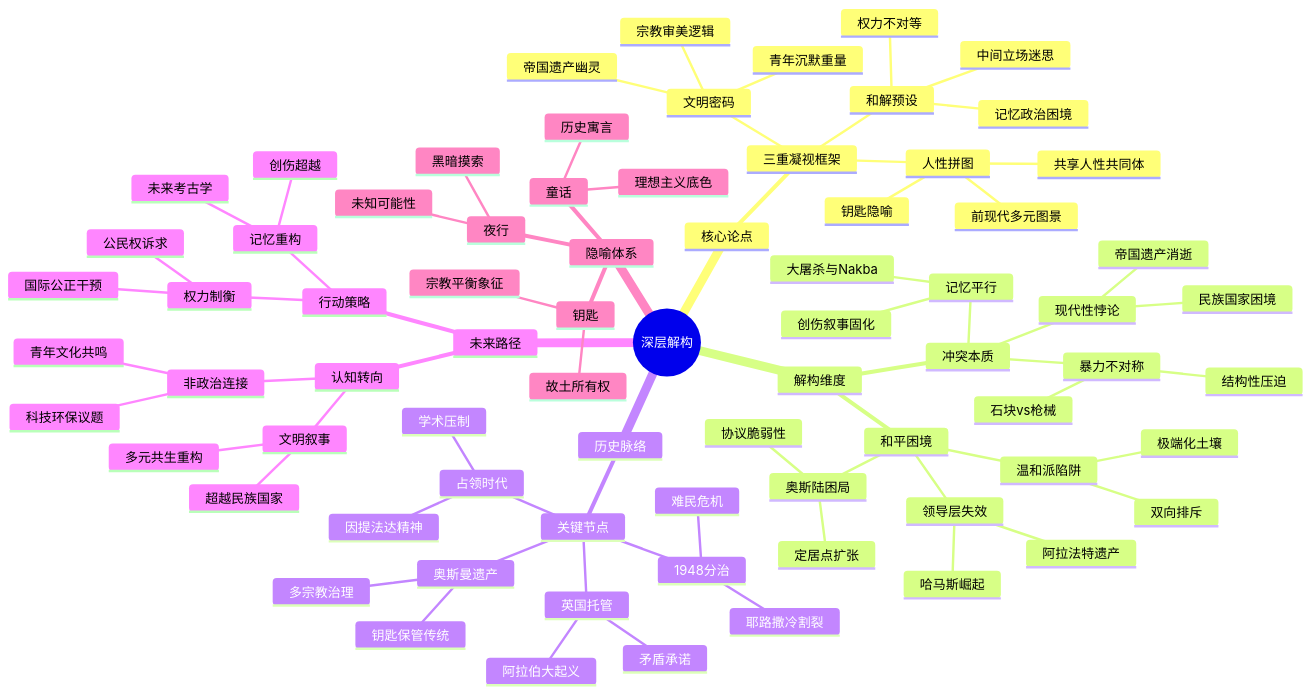
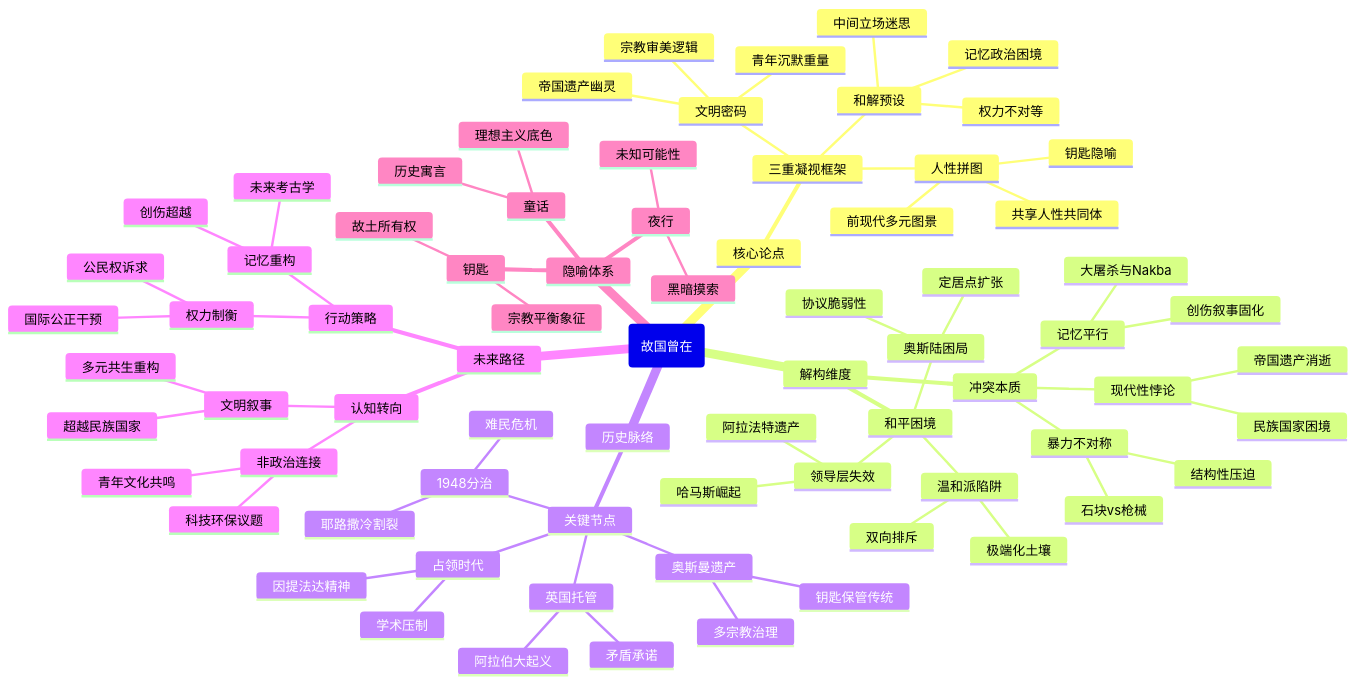
One commit to funloss/funKnowledge changed the diagram in 读书/世界历史/故国曾在：我的巴勒斯坦人生.md. Above: the diagram before and after it, drawn with Mermaid. The commit also changed 74 other files, not shown here.

````diff
--- a/读书/世界历史/故国曾在：我的巴勒斯坦人生.md
+++ b/读书/世界历史/故国曾在：我的巴勒斯坦人生.md
@@ -3,78 +3,78 @@
 ```mermaid
 mindmap
-  root((深层解构))
+  root(故国曾在)
     核心论点
       三重凝视框架
         人性拼图
           共享人性共同体
           前现代多元图景
           钥匙隐喻
         文明密码
           帝国遗产幽灵
           青年沉默重量
           宗教审美逻辑
         和解预设
           中间立场迷思
           记忆政治困境
           权力不对等
     解构维度
       冲突本质
         暴力不对称
           石块vs枪械
           结构性压迫
         记忆平行
           大屠杀与Nakba
           创伤叙事固化
         现代性悖论
           民族国家困境
           帝国遗产消逝
       和平困境
         温和派陷阱
           双向排斥
           极端化土壤
         奥斯陆困局
           协议脆弱性
           定居点扩张
         领导层失效
           阿拉法特遗产
           哈马斯崛起
     历史脉络
       关键节点
         奥斯曼遗产
           多宗教治理
           钥匙保管传统
         英国托管
           矛盾承诺
           阿拉伯大起义
         1948分治
           耶路撒冷割裂
           难民危机
         占领时代
           学术压制
           因提法达精神
     未来路径
       认知转向
         文明叙事
           超越民族国家
           多元共生重构
         非政治连接
           青年文化共鸣
           科技环保议题
       行动策略
         权力制衡
           公民权诉求
           国际公正干预
         记忆重构
           未来考古学
           创伤超越
     隐喻体系
       钥匙
         宗教平衡象征
         故土所有权
       夜行
         黑暗摸索
         未知可能性
       童话
         历史寓言
         理想主义底色
 ``` 
````
